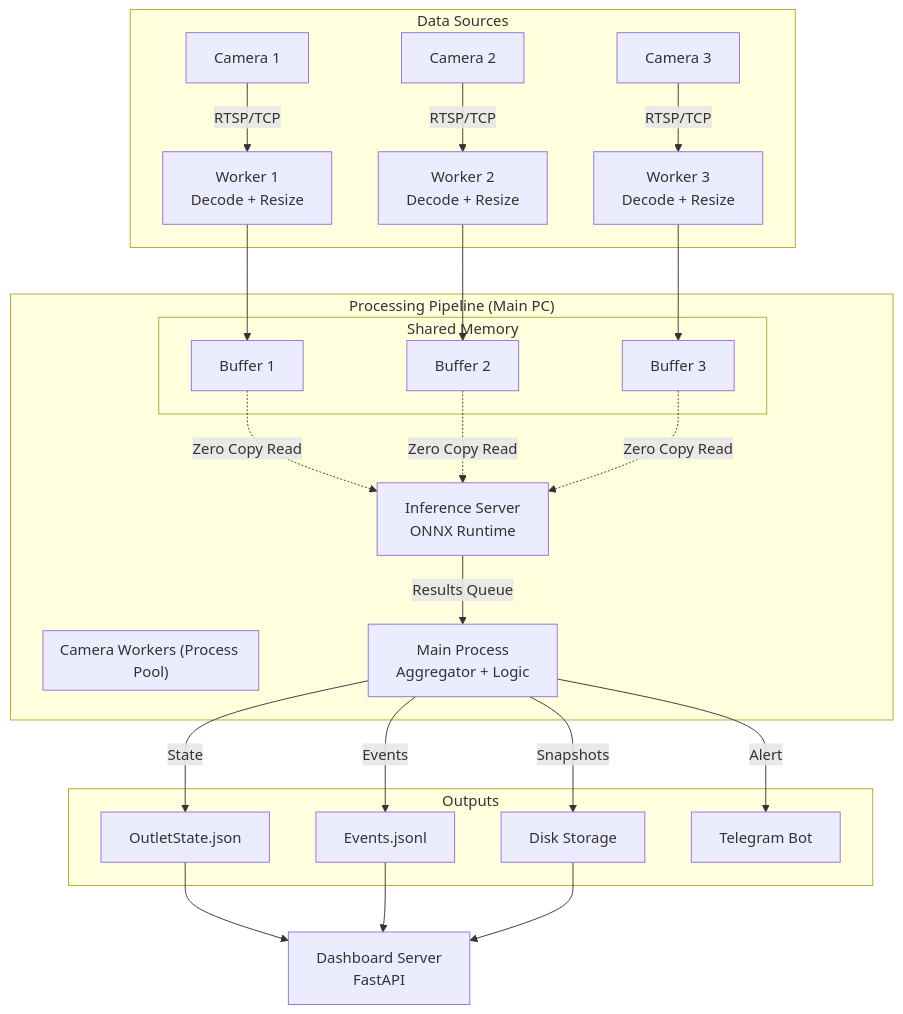
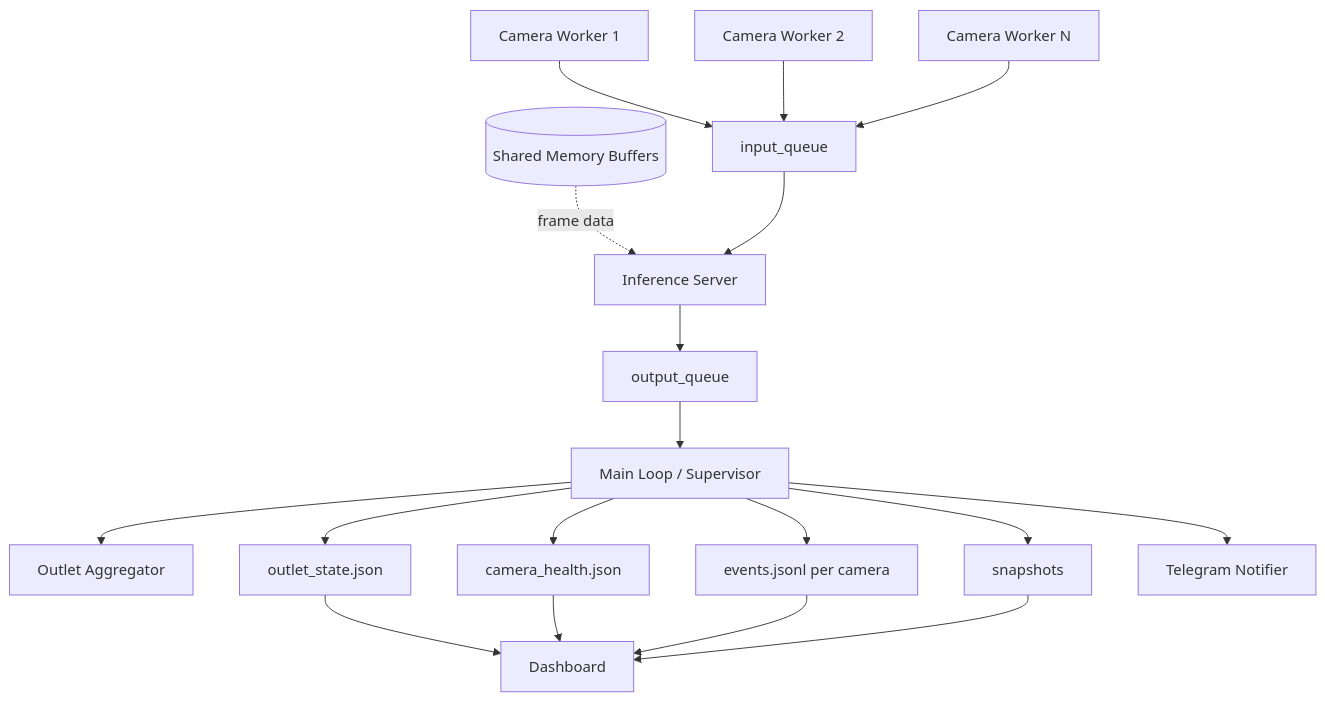
One commit to Nanaacaw/face_recognition- changed the diagram in docs/05-system-flow.md. Above: the diagram before and after it, drawn with Mermaid. The commit also changed other lines of this file and 6 other files, not shown here.

Commit message:
docs: update system specifications, enrollment guidelines, and architecture documentation for clarity and completeness

````diff
--- a/docs/05-system-flow.md
+++ b/docs/05-system-flow.md
@@ -7,40 +7,23 @@
 ```mermaid
 graph TD
-    subgraph "Data Sources"
-        Cam1[Camera 1] -->|RTSP/TCP| Worker1
-        Cam2[Camera 2] -->|RTSP/TCP| Worker2
-        Cam3[Camera 3] -->|RTSP/TCP| Worker3
-    end
+    Cam1[Camera Worker 1] --> InQ[input_queue]
+    Cam2[Camera Worker 2] --> InQ
+    CamN[Camera Worker N] --> InQ
 
-    subgraph "Processing Pipeline (Main PC)"
-        subgraph "Camera Workers (Process Pool)"
-            Worker1[Worker 1<br>Decode + Resize]
-            Worker2[Worker 2<br>Decode + Resize]
-            Worker3[Worker 3<br>Decode + Resize]
-        end
+    SHM[(Shared Memory Buffers)] -. frame data .-> INF[Inference Server]
+    InQ --> INF
+    INF --> OutQ[output_queue]
+    OutQ --> MAIN[Main Loop / Supervisor]
 
-        subgraph "Shared Memory"
-            SHM1[Buffer 1]
-            SHM2[Buffer 2]
-            SHM3[Buffer 3]
-        end
+    MAIN --> AGG[Outlet Aggregator]
+    MAIN --> EV[events.jsonl per camera]
+    MAIN --> STATE[outlet_state.json]
+    MAIN --> HEALTH[camera_health.json]
+    MAIN --> SNAP[snapshots]
+    MAIN --> TG[Telegram Notifier]
 
-        Worker1 --> SHM1
-        Worker2 --> SHM2
-        Worker3 --> SHM3
-
-        InfServer[Inference Server<br>ONNX Runtime]
-        SHM1 & SHM2 & SHM3 -.->|Zero Copy Read| InfServer
-
-        InfServer -->|Results Queue| MainProc[Main Process<br>Aggregator + Logic]
-    end
-
-    subgraph "Outputs"
-        MainProc -->|Events| JSON[Events.jsonl]
-        MainProc -->|State| State[OutletState.json]
-        MainProc -->|Snapshots| Disk[Disk Storage]
-        MainProc -->|Alert| Telegram[Telegram Bot]
-    end
-
-    State & JSON & Disk --> Dashboard[Dashboard Server<br>FastAPI]
+    STATE --> DASH[Dashboard]
+    HEALTH --> DASH
+    EV --> DASH
+    SNAP --> DASH
 ```
````
